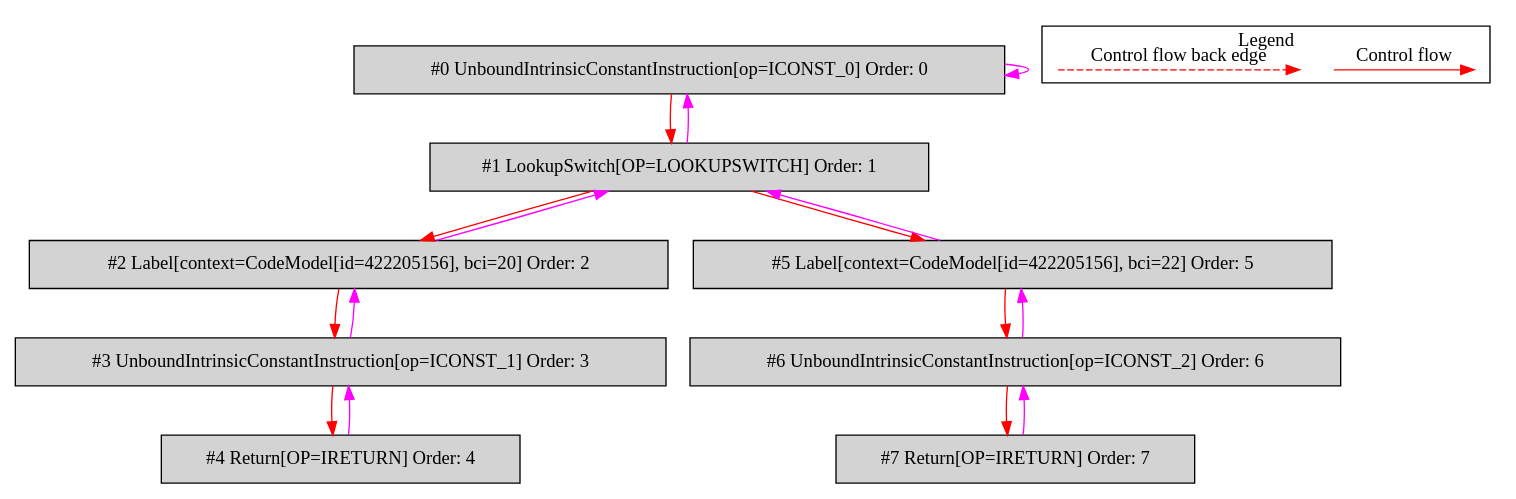
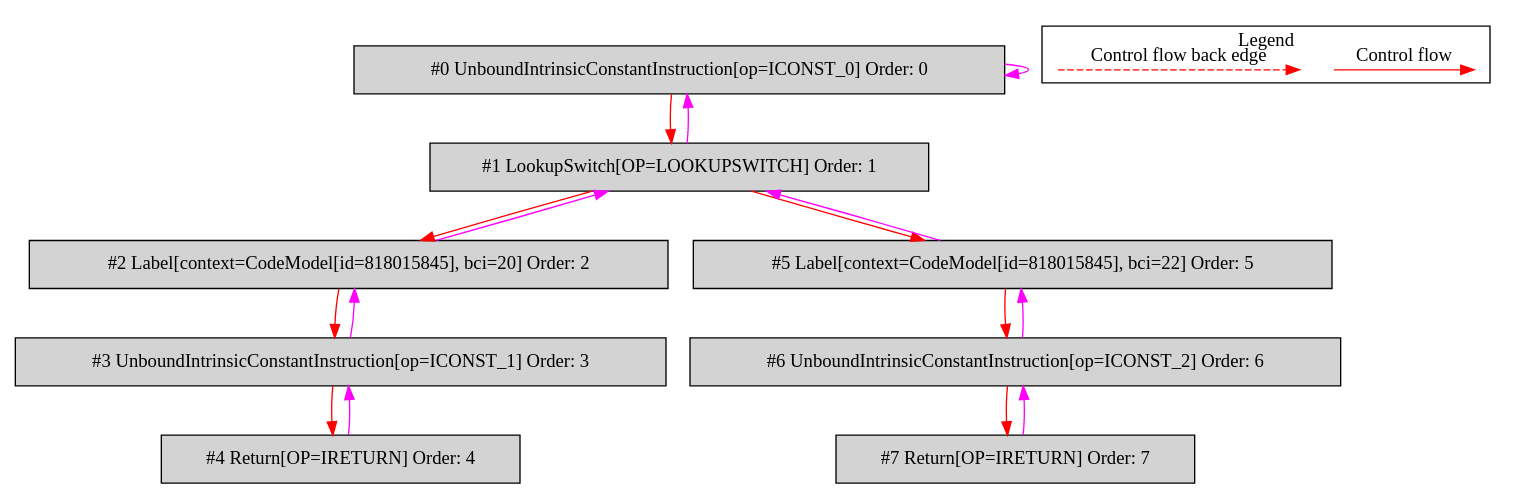
One commit to mirkosertic/MetaIR changed the diagram in de.mirkosertic.metair.ir.OpcodeLOOKUPSWITCHTest/test_LOOKUPSWITCH/bytecodecfg.dot. Above: the diagram before and after it, drawn with Graphviz. The commit also changed 636 other files, not shown here.

```diff
--- a/de.mirkosertic.metair.ir.OpcodeLOOKUPSWITCHTest/test_LOOKUPSWITCH/bytecodecfg.dot
+++ b/de.mirkosertic.metair.ir.OpcodeLOOKUPSWITCHTest/test_LOOKUPSWITCH/bytecodecfg.dot
@@ -1,40 +1,40 @@
 digraph {
  ordering="in";
  node0[label="#0 UnboundIntrinsicConstantInstruction[op=ICONST_0] Order: 0", shape=box, fillcolor=lightgrey, style=filled];
  node1[label="#1 LookupSwitch[OP=LOOKUPSWITCH] Order: 1", shape=box, fillcolor=lightgrey, style=filled];
- node2[label="#2 Label[context=CodeModel[id=422205156], bci=20] Order: 2", shape=box, fillcolor=lightgrey, style=filled];
+ node2[label="#2 Label[context=CodeModel[id=818015845], bci=20] Order: 2", shape=box, fillcolor=lightgrey, style=filled];
  node3[label="#3 UnboundIntrinsicConstantInstruction[op=ICONST_1] Order: 3", shape=box, fillcolor=lightgrey, style=filled];
  node4[label="#4 Return[OP=IRETURN] Order: 4", shape=box, fillcolor=lightgrey, style=filled];
- node5[label="#5 Label[context=CodeModel[id=422205156], bci=22] Order: 5", shape=box, fillcolor=lightgrey, style=filled];
+ node5[label="#5 Label[context=CodeModel[id=818015845], bci=22] Order: 5", shape=box, fillcolor=lightgrey, style=filled];
  node6[label="#6 UnboundIntrinsicConstantInstruction[op=ICONST_2] Order: 6", shape=box, fillcolor=lightgrey, style=filled];
  node7[label="#7 Return[OP=IRETURN] Order: 7", shape=box, fillcolor=lightgrey, style=filled];
  node0 -> node0[color=fuchsia];
  node0 -> node1[color=red];
  node1 -> node0[color=fuchsia];
  node1 -> node2[color=red];
  node2 -> node1[color=fuchsia];
  node2 -> node3[color=red];
  node3 -> node2[color=fuchsia];
  node3 -> node4[color=red];
  node4 -> node3[color=fuchsia];
  node1 -> node5[color=red];
  node5 -> node1[color=fuchsia];
  node5 -> node6[color=red];
  node6 -> node5[color=fuchsia];
  node6 -> node7[color=red];
  node7 -> node6[color=fuchsia];
  subgraph cluster_000 {
   label = "Legend";
   node [shape=point]
   {
    rank=same;
    c0 [style = invis];
    c1 [style = invis];
    c2 [style = invis];
    c3 [style = invis];
   }
   c0 -> c1 [label="Control flow", style=solid, color=red]
   c2 -> c3 [label="Control flow back edge", style=dashed, color=red]
  }
 
 }
```
